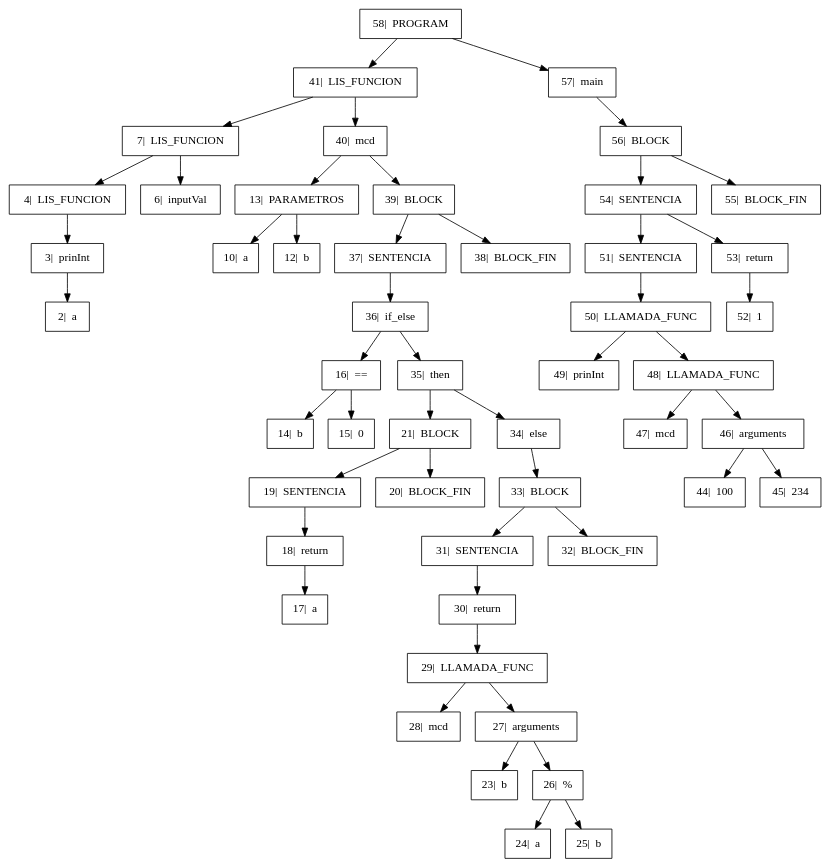
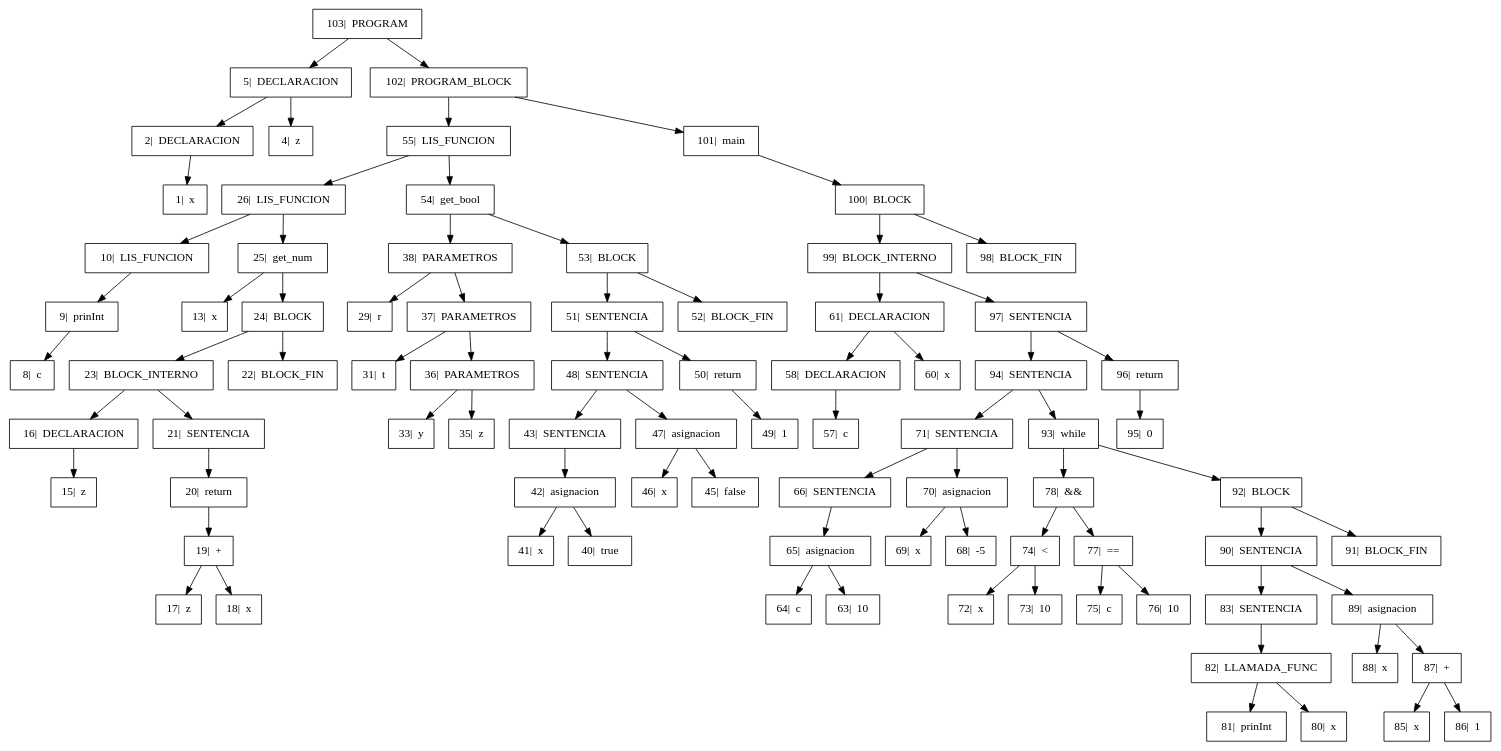
One commit to GiovA07/PRE-PROYECTO-COMPILADORES changed the diagram in Proyecto/output/Arbol.dot. Above: the diagram before and after it, drawn with Graphviz. The commit also changed 6 other files, not shown here.

```diff
--- a/Proyecto/output/Arbol.dot
+++ b/Proyecto/output/Arbol.dot
@@ -1,36 +1,54 @@
 digraph{
 
 rankdir=TB;
 
 node[shape=box];
-"58|  PROGRAM" -> "41|  LIS_FUNCION", "57|  main";
-"41|  LIS_FUNCION" -> "7|  LIS_FUNCION", "40|  mcd";
-"7|  LIS_FUNCION" -> "4|  LIS_FUNCION", "6|  inputVal";
-"4|  LIS_FUNCION" -> "3|  prinInt" ;
-"3|  prinInt" -> "2|  a" ;
-"40|  mcd" -> "13|  PARAMETROS", "39|  BLOCK";
-"13|  PARAMETROS" -> "10|  a", "12|  b";
-"39|  BLOCK" -> "37|  SENTENCIA", "38|  BLOCK_FIN";
-"37|  SENTENCIA" -> "36|  if_else" ;
-"36|  if_else" -> "16|  ==", "35|  then";
-"16|  ==" -> "14|  b", "15|  0";
-"35|  then" -> "21|  BLOCK", "34|  else";
-"21|  BLOCK" -> "19|  SENTENCIA", "20|  BLOCK_FIN";
-"19|  SENTENCIA" -> "18|  return" ;
-"18|  return" -> "17|  a" ;
-"34|  else" -> "33|  BLOCK" ;
-"33|  BLOCK" -> "31|  SENTENCIA", "32|  BLOCK_FIN";
-"31|  SENTENCIA" -> "30|  return" ;
-"30|  return" -> "29|  LLAMADA_FUNC" ;
-"29|  LLAMADA_FUNC" -> "28|  mcd", "27|  arguments";
-"27|  arguments" -> "23|  b", "26|  %";
-"26|  %" -> "24|  a", "25|  b";
-"57|  main" -> "56|  BLOCK" ;
-"56|  BLOCK" -> "54|  SENTENCIA", "55|  BLOCK_FIN";
-"54|  SENTENCIA" -> "51|  SENTENCIA", "53|  return";
-"51|  SENTENCIA" -> "50|  LLAMADA_FUNC" ;
-"50|  LLAMADA_FUNC" -> "49|  prinInt", "48|  LLAMADA_FUNC";
-"48|  LLAMADA_FUNC" -> "47|  mcd", "46|  arguments";
-"46|  arguments" -> "44|  100", "45|  234";
-"53|  return" -> "52|  1" ;
+"103|  PROGRAM" -> "5|  DECLARACION", "102|  PROGRAM_BLOCK";
+"5|  DECLARACION" -> "2|  DECLARACION", "4|  z";
+"2|  DECLARACION" -> "1|  x" ;
+"102|  PROGRAM_BLOCK" -> "55|  LIS_FUNCION", "101|  main";
+"55|  LIS_FUNCION" -> "26|  LIS_FUNCION", "54|  get_bool";
+"26|  LIS_FUNCION" -> "10|  LIS_FUNCION", "25|  get_num";
+"10|  LIS_FUNCION" -> "9|  prinInt" ;
+"9|  prinInt" -> "8|  c" ;
+"25|  get_num" -> "13|  x", "24|  BLOCK";
+"24|  BLOCK" -> "23|  BLOCK_INTERNO", "22|  BLOCK_FIN";
+"23|  BLOCK_INTERNO" -> "16|  DECLARACION", "21|  SENTENCIA";
+"16|  DECLARACION" -> "15|  z" ;
+"21|  SENTENCIA" -> "20|  return" ;
+"20|  return" -> "19|  +" ;
+"19|  +" -> "17|  z", "18|  x";
+"54|  get_bool" -> "38|  PARAMETROS", "53|  BLOCK";
+"38|  PARAMETROS" -> "29|  r", "37|  PARAMETROS";
+"37|  PARAMETROS" -> "31|  t", "36|  PARAMETROS";
+"36|  PARAMETROS" -> "33|  y", "35|  z";
+"53|  BLOCK" -> "51|  SENTENCIA", "52|  BLOCK_FIN";
+"51|  SENTENCIA" -> "48|  SENTENCIA", "50|  return";
+"48|  SENTENCIA" -> "43|  SENTENCIA", "47|  asignacion";
+"43|  SENTENCIA" -> "42|  asignacion" ;
+"42|  asignacion" -> "41|  x", "40|  true";
+"47|  asignacion" -> "46|  x", "45|  false";
+"50|  return" -> "49|  1" ;
+"101|  main" -> "100|  BLOCK" ;
+"100|  BLOCK" -> "99|  BLOCK_INTERNO", "98|  BLOCK_FIN";
+"99|  BLOCK_INTERNO" -> "61|  DECLARACION", "97|  SENTENCIA";
+"61|  DECLARACION" -> "58|  DECLARACION", "60|  x";
+"58|  DECLARACION" -> "57|  c" ;
+"97|  SENTENCIA" -> "94|  SENTENCIA", "96|  return";
+"94|  SENTENCIA" -> "71|  SENTENCIA", "93|  while";
+"71|  SENTENCIA" -> "66|  SENTENCIA", "70|  asignacion";
+"66|  SENTENCIA" -> "65|  asignacion" ;
+"65|  asignacion" -> "64|  c", "63|  10";
+"70|  asignacion" -> "69|  x", "68|  -5";
+"93|  while" -> "78|  &&", "92|  BLOCK";
+"78|  &&" -> "74|  <", "77|  ==";
+"74|  <" -> "72|  x", "73|  10";
+"77|  ==" -> "75|  c", "76|  10";
+"92|  BLOCK" -> "90|  SENTENCIA", "91|  BLOCK_FIN";
+"90|  SENTENCIA" -> "83|  SENTENCIA", "89|  asignacion";
+"83|  SENTENCIA" -> "82|  LLAMADA_FUNC" ;
+"82|  LLAMADA_FUNC" -> "81|  prinInt", "80|  x";
+"89|  asignacion" -> "88|  x", "87|  +";
+"87|  +" -> "85|  x", "86|  1";
+"96|  return" -> "95|  0" ;
 }
```
